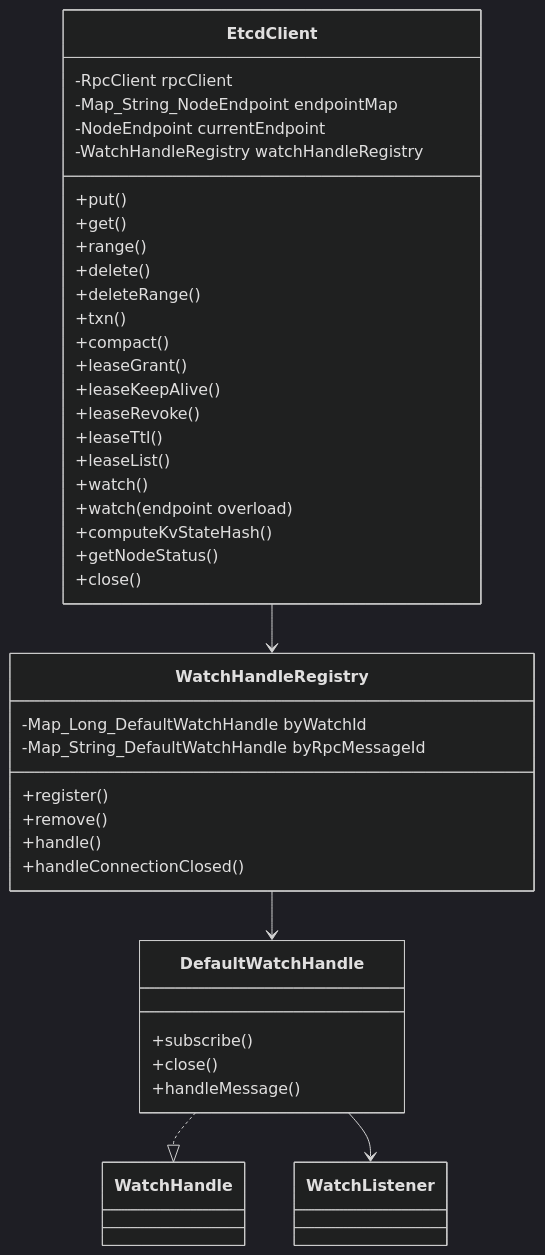
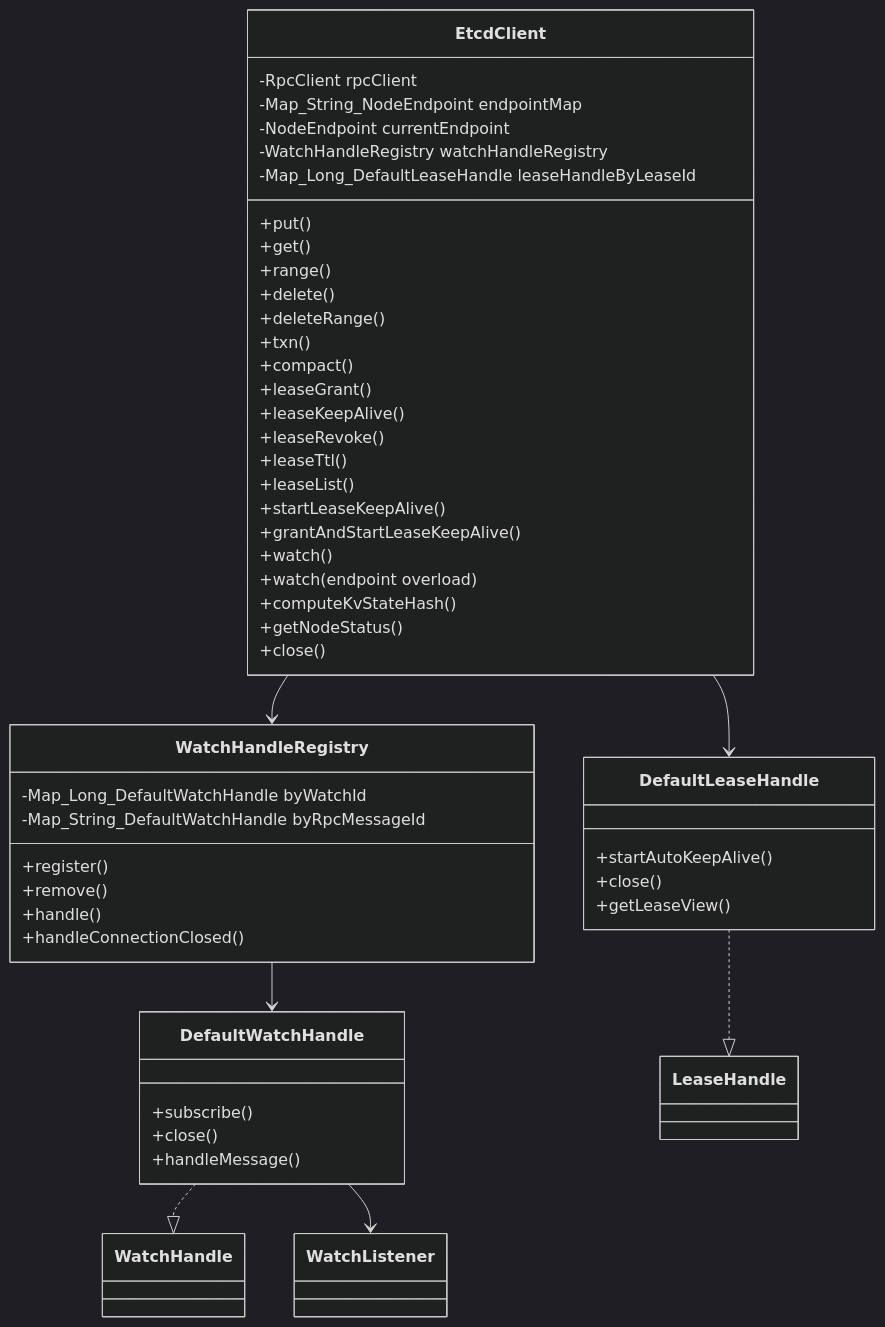
Before and after one commit to xhjkss/mini-etcd-project: the first of 3 diagrams in docs/architecture-08-sdk.md, drawn with Mermaid (dark theme). The commit also changed other lines of this file and 6 other files, not shown here.

Commit message:
feat(sdk): 增加 LeaseHandle 自动续约与租约生命周期调度能力

````diff
--- a/docs/architecture-08-sdk.md
+++ b/docs/architecture-08-sdk.md
@@ -29,49 +31,60 @@
 ```mermaid
 classDiagram
     class EtcdClient {
       -RpcClient rpcClient
       -Map_String_NodeEndpoint endpointMap
       -NodeEndpoint currentEndpoint
       -WatchHandleRegistry watchHandleRegistry
+      -Map_Long_DefaultLeaseHandle leaseHandleByLeaseId
       +put()
       +get()
       +range()
       +delete()
       +deleteRange()
       +txn()
       +compact()
       +leaseGrant()
       +leaseKeepAlive()
       +leaseRevoke()
       +leaseTtl()
       +leaseList()
+      +startLeaseKeepAlive()
+      +grantAndStartLeaseKeepAlive()
       +watch()
       +watch(endpoint overload)
       +computeKvStateHash()
       +getNodeStatus()
       +close()
     }
 
     class WatchHandleRegistry {
       -Map_Long_DefaultWatchHandle byWatchId
       -Map_String_DefaultWatchHandle byRpcMessageId
       +register()
       +remove()
       +handle()
       +handleConnectionClosed()
     }
 
     class DefaultWatchHandle {
       +subscribe()
       +close()
       +handleMessage()
     }
 
     class WatchHandle
     class WatchListener
+    class DefaultLeaseHandle {
+      +startAutoKeepAlive()
+      +close()
+      +getLeaseView()
+    }
+    class LeaseHandle
 
     EtcdClient --> WatchHandleRegistry
     WatchHandleRegistry --> DefaultWatchHandle
     DefaultWatchHandle ..|> WatchHandle
     DefaultWatchHandle --> WatchListener
+    EtcdClient --> DefaultLeaseHandle
+    DefaultLeaseHandle ..|> LeaseHandle
 ```
````
